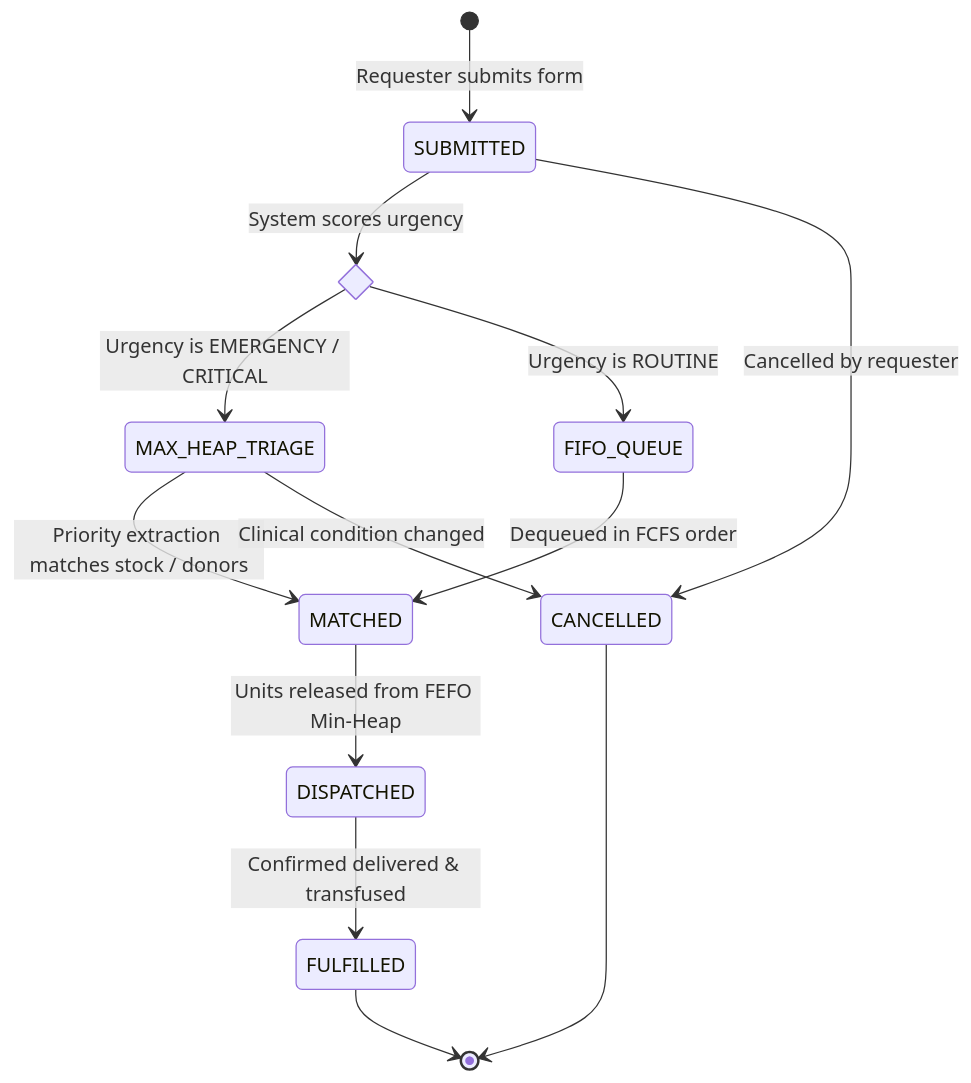
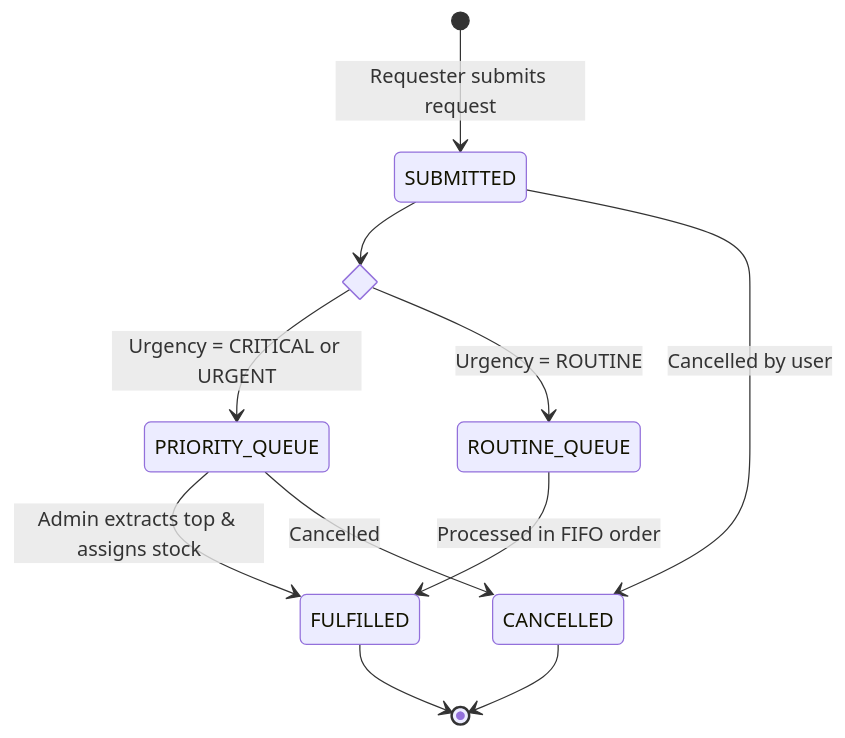
The third of 5 diagrams in docs/04_user_roles_and_workflows.md (Shrey113/Assignment-1), drawn with Mermaid before and after one commit. The commit also changed other lines of this file and 14 other files, not shown here.

Commit message:
refactor: simplify architecture, workflows, and DS flow for fast development

````diff
--- a/docs/04_user_roles_and_workflows.md
+++ b/docs/04_user_roles_and_workflows.md
@@ -77,22 +123,19 @@
 ```mermaid
 stateDiagram-v2
-    [*] --> SUBMITTED : Requester submits form
+    [*] --> SUBMITTED : Requester submits request
     
-    state Urgency_Evaluation <<choice>>
-    SUBMITTED --> Urgency_Evaluation : System scores urgency
+    state Check_Urgency <<choice>>
+    SUBMITTED --> Check_Urgency
     
-    Urgency_Evaluation --> MAX_HEAP_TRIAGE : Urgency is EMERGENCY / CRITICAL
-    Urgency_Evaluation --> FIFO_QUEUE : Urgency is ROUTINE
+    Check_Urgency --> PRIORITY_QUEUE : Urgency = CRITICAL or URGENT
+    Check_Urgency --> ROUTINE_QUEUE : Urgency = ROUTINE
     
-    MAX_HEAP_TRIAGE --> MATCHED : Priority extraction matches stock / donors
-    FIFO_QUEUE --> MATCHED : Dequeued in FCFS order
+    PRIORITY_QUEUE --> FULFILLED : Admin extracts top & assigns stock
+    ROUTINE_QUEUE --> FULFILLED : Processed in FIFO order
     
-    MATCHED --> DISPATCHED : Units released from FEFO Min-Heap
-    DISPATCHED --> FULFILLED : Confirmed delivered & transfused
-    
-    SUBMITTED --> CANCELLED : Cancelled by requester
-    MAX_HEAP_TRIAGE --> CANCELLED : Clinical condition changed
+    SUBMITTED --> CANCELLED : Cancelled by user
+    PRIORITY_QUEUE --> CANCELLED : Cancelled
     
     FULFILLED --> [*]
     CANCELLED --> [*]
 ```
````
